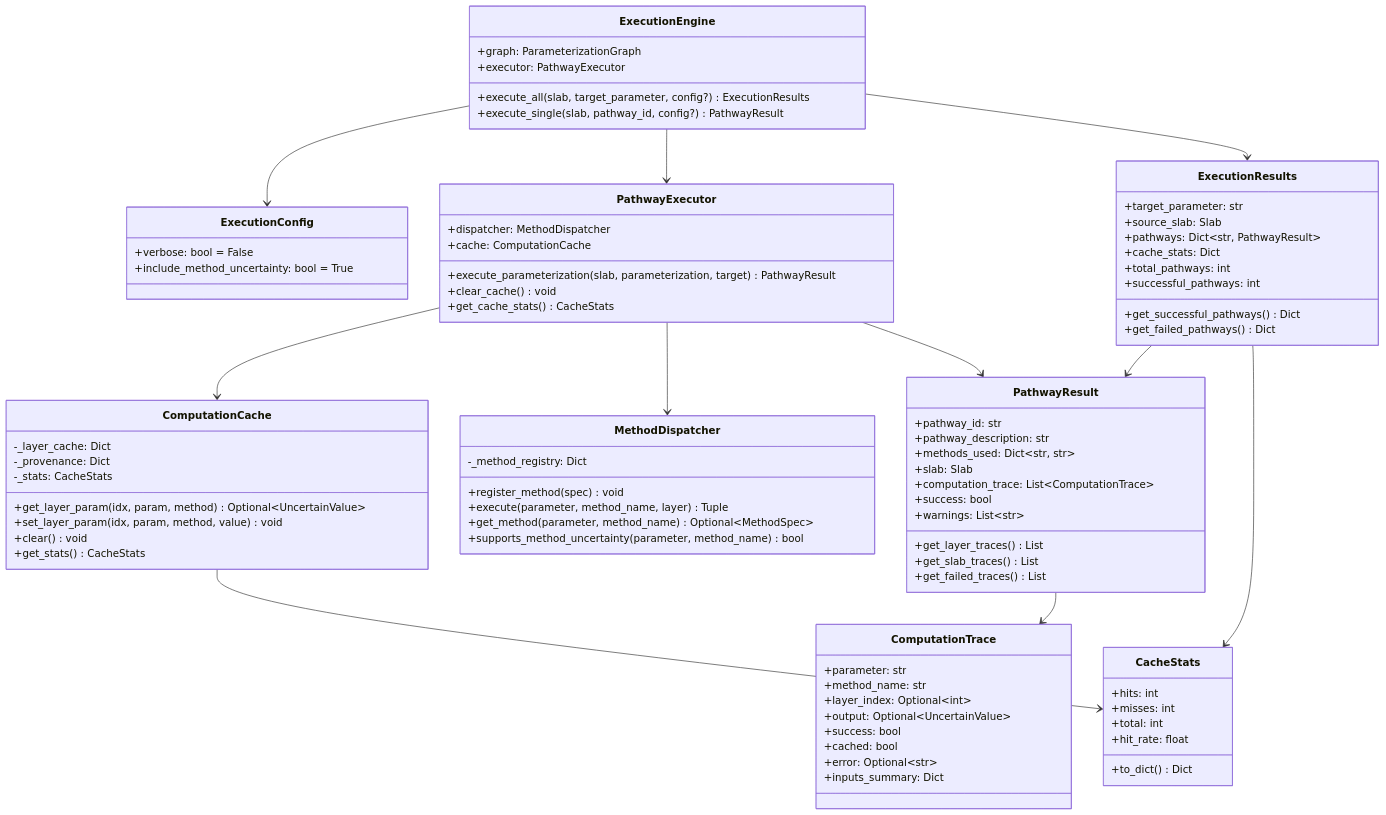
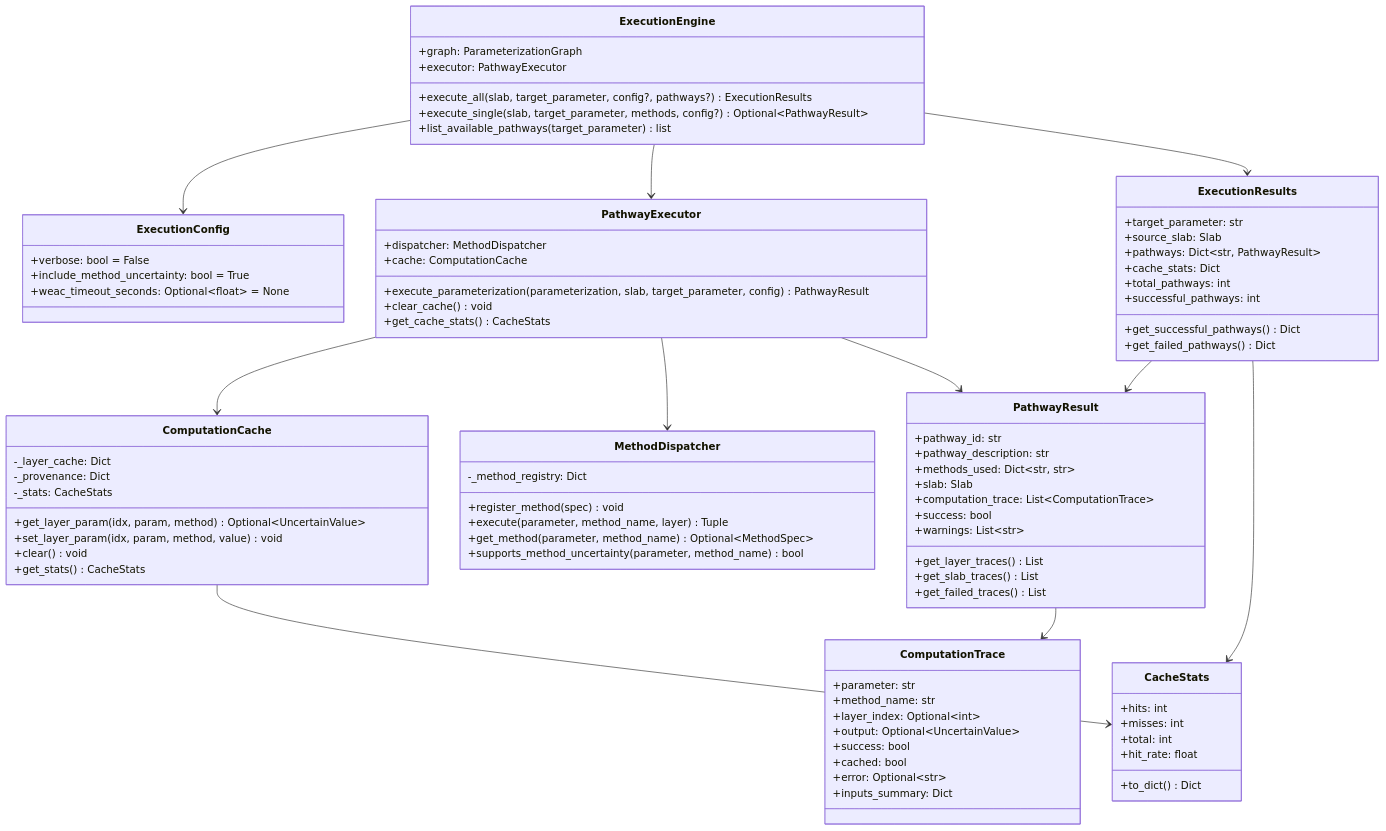
The second of 7 diagrams in docs/execution_engine.md (connellymk/SnowPyt-MechParams), drawn with Mermaid before and after one commit. The commit also changed other lines of this file, not shown here.

Commit message:
execution engine doc

```diff
--- a/docs/execution_engine.md
+++ b/docs/execution_engine.md
@@ -117,19 +118,21 @@
     class ExecutionEngine {
         +graph: ParameterizationGraph
         +executor: PathwayExecutor
-        +execute_all(slab, target_parameter, config?) ExecutionResults
-        +execute_single(slab, pathway_id, config?) PathwayResult
+        +execute_all(slab, target_parameter, config?, pathways?) ExecutionResults
+        +execute_single(slab, target_parameter, methods, config?) Optional~PathwayResult~
+        +list_available_pathways(target_parameter) list
     }
     
     class ExecutionConfig {
         +verbose: bool = False
         +include_method_uncertainty: bool = True
+        +weac_timeout_seconds: Optional~float~ = None
     }
     
     class PathwayExecutor {
         +dispatcher: MethodDispatcher
         +cache: ComputationCache
-        +execute_parameterization(slab, parameterization, target) PathwayResult
+        +execute_parameterization(parameterization, slab, target_parameter, config) PathwayResult
         +clear_cache() void
         +get_cache_stats() CacheStats
     }
```
